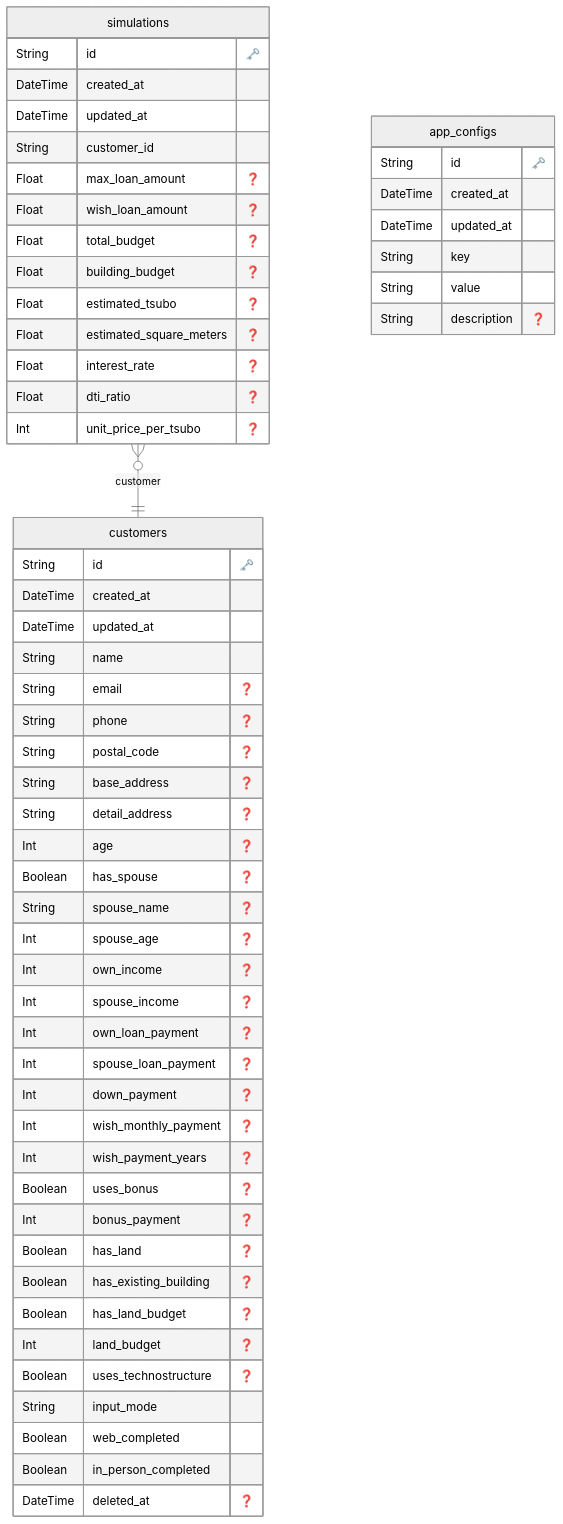
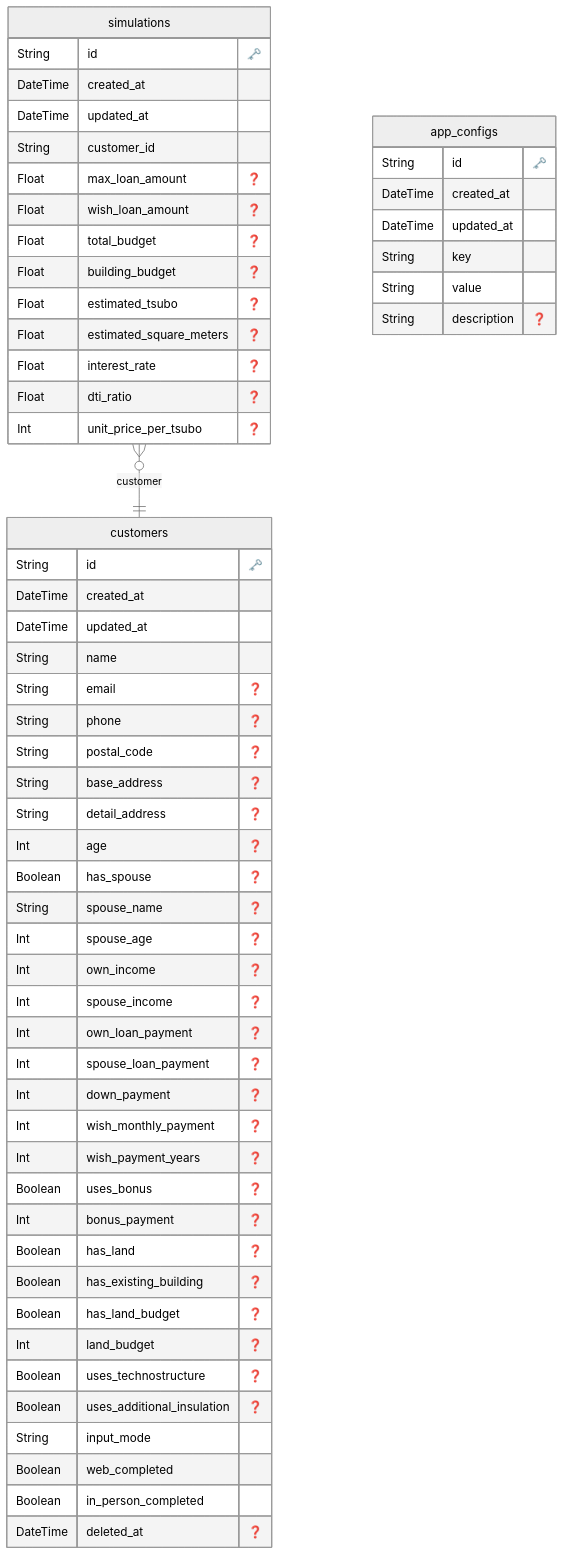
The diagram in lib/generated/ERD.md (Scarlet1107/mitsumori-gate), drawn with Mermaid (neutral theme) before and after one commit. The commit also changed 51 other files, not shown here.

````diff
--- a/lib/generated/ERD.md
+++ b/lib/generated/ERD.md
@@ -1,66 +1,67 @@
 ```mermaid
 erDiagram
 
   "customers" {
     String id "🗝️"
     DateTime created_at 
     DateTime updated_at 
     String name 
     String email "❓"
     String phone "❓"
     String postal_code "❓"
     String base_address "❓"
     String detail_address "❓"
     Int age "❓"
     Boolean has_spouse "❓"
     String spouse_name "❓"
     Int spouse_age "❓"
     Int own_income "❓"
     Int spouse_income "❓"
     Int own_loan_payment "❓"
     Int spouse_loan_payment "❓"
     Int down_payment "❓"
     Int wish_monthly_payment "❓"
     Int wish_payment_years "❓"
     Boolean uses_bonus "❓"
     Int bonus_payment "❓"
     Boolean has_land "❓"
     Boolean has_existing_building "❓"
     Boolean has_land_budget "❓"
     Int land_budget "❓"
     Boolean uses_technostructure "❓"
+    Boolean uses_additional_insulation "❓"
     String input_mode 
     Boolean web_completed 
     Boolean in_person_completed 
     DateTime deleted_at "❓"
     }
   
 
   "simulations" {
     String id "🗝️"
     DateTime created_at 
     DateTime updated_at 
     String customer_id 
     Float max_loan_amount "❓"
     Float wish_loan_amount "❓"
     Float total_budget "❓"
     Float building_budget "❓"
     Float estimated_tsubo "❓"
     Float estimated_square_meters "❓"
     Float interest_rate "❓"
     Float dti_ratio "❓"
     Int unit_price_per_tsubo "❓"
     }
   
 
   "app_configs" {
     String id "🗝️"
     DateTime created_at 
     DateTime updated_at 
     String key 
     String value 
     String description "❓"
     }
   
     "simulations" }o--|| customers : "customer"
 ```
````
